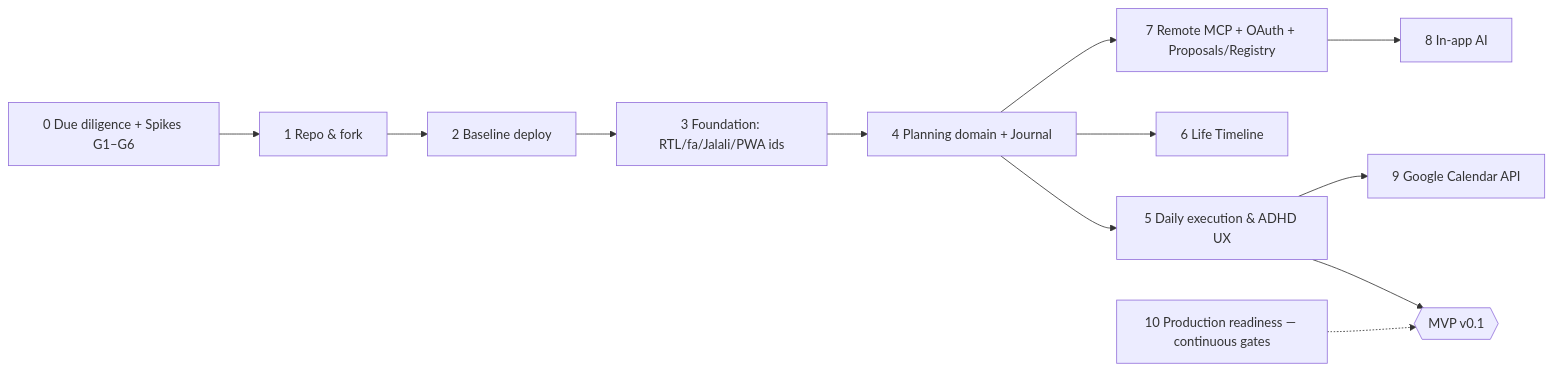
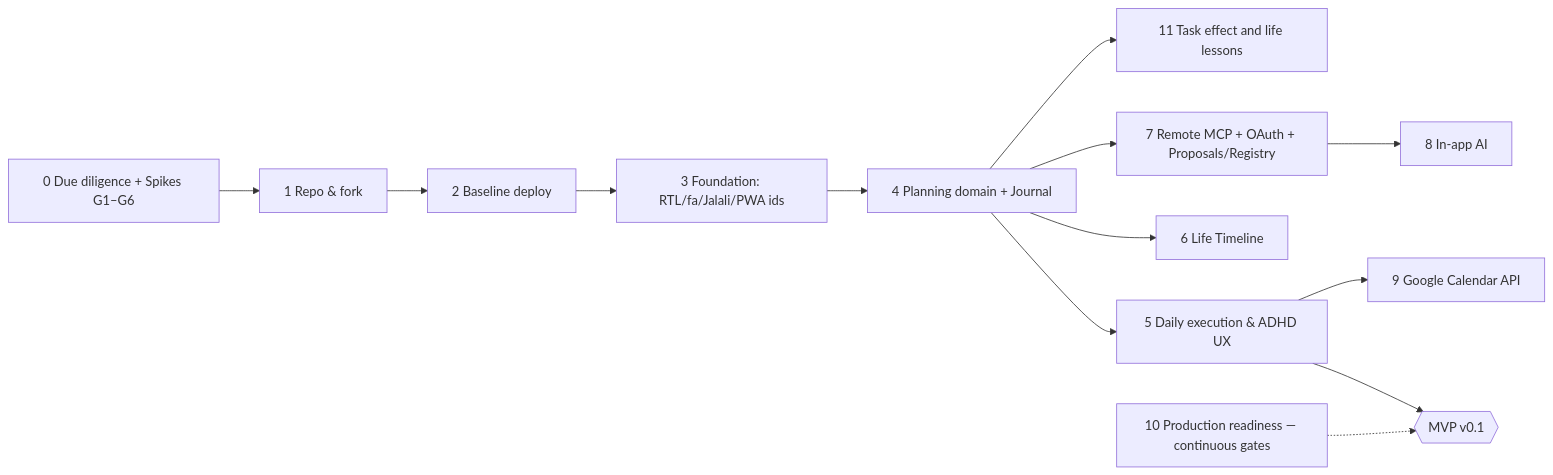
Diagram 11 of 11 in docs/ltd/PRODUCT_BLUEPRINT.md (chrisvel/tududi), drawn with Mermaid before and after one commit. The commit also changed other lines of this file and 1 other file, not shown here.

Commit message:
docs: define phase 11 task effect and lessons

````diff
--- a/docs/ltd/PRODUCT_BLUEPRINT.md
+++ b/docs/ltd/PRODUCT_BLUEPRINT.md
@@ -1499,10 +1570,11 @@
 ```mermaid
 flowchart LR
   P0[0 Due diligence + Spikes G1–G6] --> P1[1 Repo & fork] --> P2[2 Baseline deploy] --> P3[3 Foundation: RTL/fa/Jalali/PWA ids] --> P4[4 Planning domain + Journal] --> P5[5 Daily execution & ADHD UX]
   P5 --> MVP{{MVP v0.1}}
   P4 --> P6[6 Life Timeline]
   P4 --> P7[7 Remote MCP + OAuth + Proposals/Registry]
   P7 --> P8[8 In-app AI]
   P5 --> P9[9 Google Calendar API]
+  P4 --> P11[11 Task effect and life lessons]
   P10[10 Production readiness — continuous gates] -.-> MVP
 ```
````
